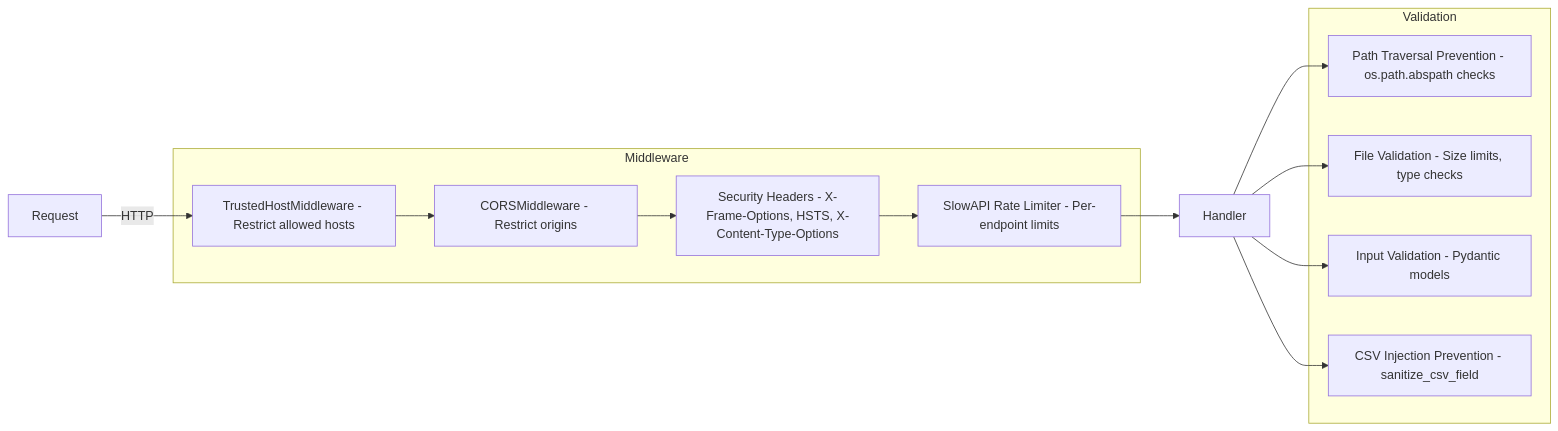
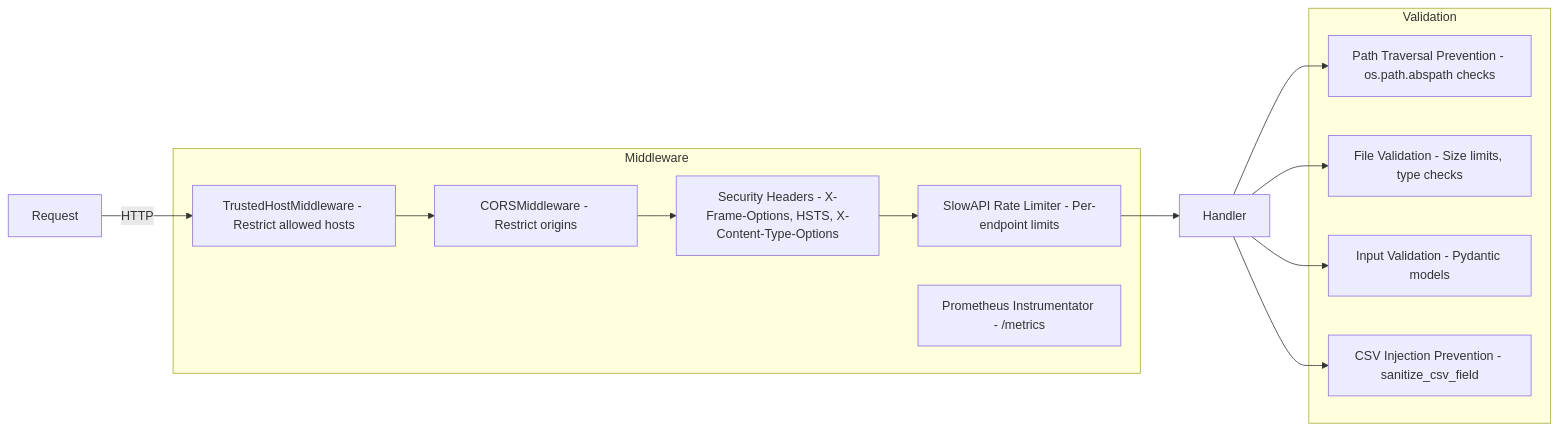
The second of 2 diagrams in docx/System_Architecture.md (tejamahesh1433/job-trailerd-resume), drawn with Mermaid before and after one commit. The commit also changed other lines of this file and 9 other files, not shown here.

````diff
--- a/docx/System_Architecture.md
+++ b/docx/System_Architecture.md
@@ -99,22 +166,23 @@
 ```mermaid
 graph LR
     subgraph Middleware
         TH["TrustedHostMiddleware - Restrict allowed hosts"]
         CORS["CORSMiddleware - Restrict origins"]
         SH["Security Headers - X-Frame-Options, HSTS, X-Content-Type-Options"]
         RL["SlowAPI Rate Limiter - Per-endpoint limits"]
+        PM["Prometheus Instrumentator - /metrics"]
     end
 
     subgraph Validation
         PT["Path Traversal Prevention - os.path.abspath checks"]
         FV["File Validation - Size limits, type checks"]
         IV["Input Validation - Pydantic models"]
         CSVP["CSV Injection Prevention - sanitize_csv_field"]
     end
 
     Request -->|HTTP| TH --> CORS --> SH --> RL --> Handler
     Handler --> PT
     Handler --> FV
     Handler --> IV
     Handler --> CSVP
 ```
````
